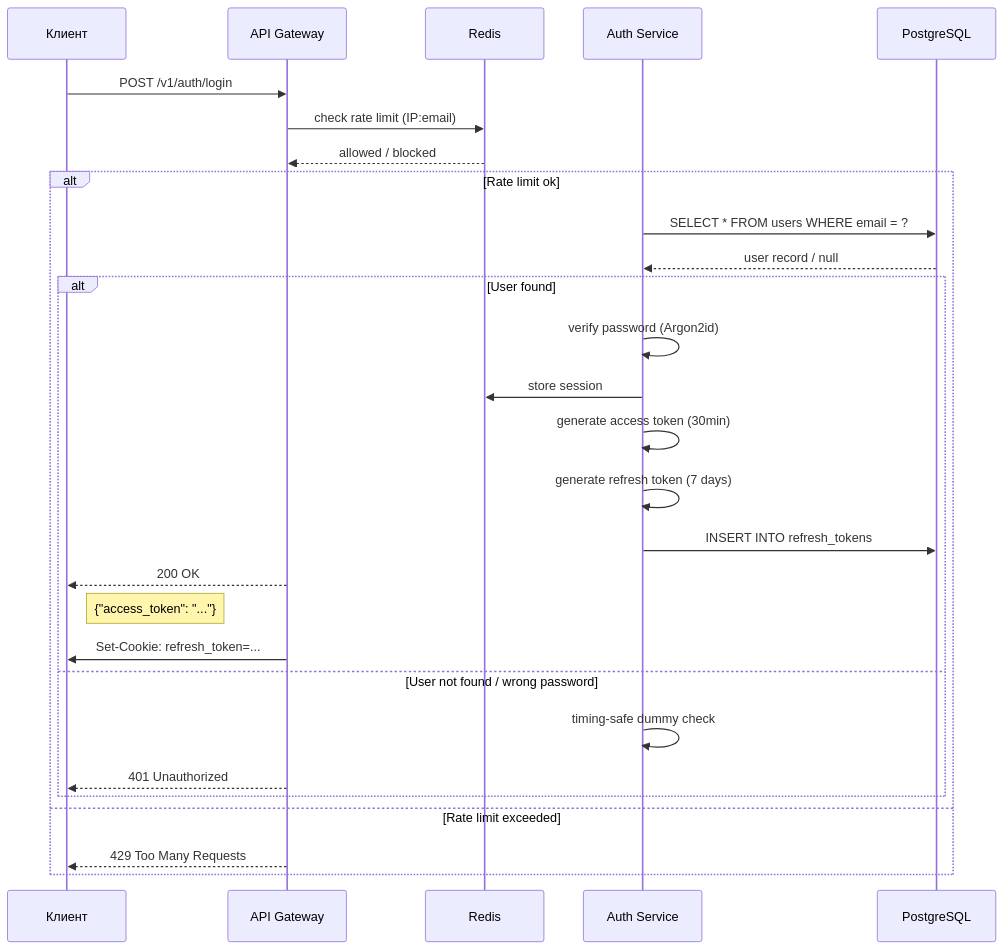
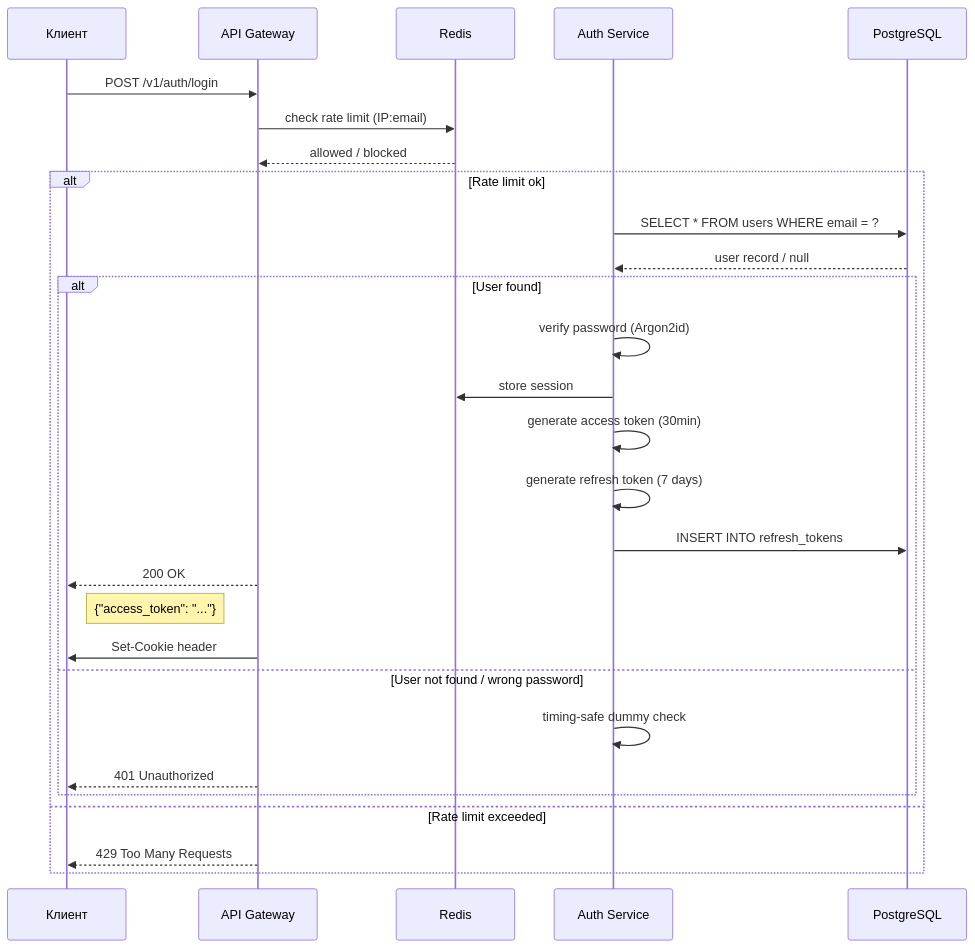
One commit to baks-dev/auth-system changed the third of 5 diagrams in 01-architecture.md. Above: the diagram before and after it, drawn with Mermaid. The commit also changed other lines of this file, not shown here.

````diff
--- a/01-architecture.md
+++ b/01-architecture.md
@@ -80,31 +80,31 @@
 ```mermaid
 sequenceDiagram
     participant C as Клиент
     participant G as API Gateway
     participant R as Redis
     participant A as Auth Service
     participant PG as PostgreSQL
 
     C->>G: POST /v1/auth/login
     G->>R: check rate limit (IP:email)
     R-->>G: allowed / blocked
     alt Rate limit ok
         A->>PG: SELECT * FROM users WHERE email = ?
         PG-->>A: user record / null
         alt User found
             A->>A: verify password (Argon2id)
             A->>R: store session
             A->>A: generate access token (30min)
             A->>A: generate refresh token (7 days)
             A->>PG: INSERT INTO refresh_tokens
             G-->>C: 200 OK
             note right of C: {"access_token": "..."}
-            G->>C: Set-Cookie: refresh_token=...
+            G->>C: Set-Cookie header
         else User not found / wrong password
             A->>A: timing-safe dummy check
             G-->>C: 401 Unauthorized
         end
     else Rate limit exceeded
         G-->>C: 429 Too Many Requests
     end
 ```
````
